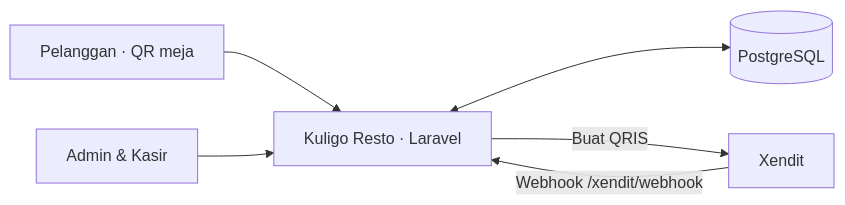
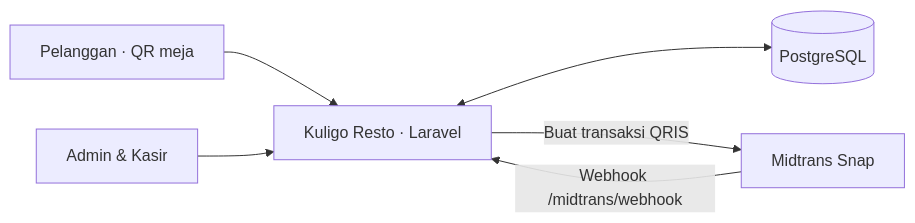
The diagram in README.md (gilangajahhh/kuliner-kuligo), drawn with Mermaid before and after one commit. The commit also changed other lines of this file and 30 other files, not shown here.

````diff
--- a/README.md
+++ b/README.md
@@ -36,8 +36,8 @@
 ```mermaid
 flowchart LR
     Customer["Pelanggan · QR meja"] --> App["Kuligo Resto · Laravel"]
     Staff["Admin & Kasir"] --> App
     App <--> DB[("PostgreSQL")]
-    App -->|Buat QRIS| Xendit["Xendit"]
-    Xendit -->|Webhook /xendit/webhook| App
+    App -->|Buat transaksi QRIS| Midtrans["Midtrans Snap"]
+    Midtrans -->|Webhook /midtrans/webhook| App
 ```
````
